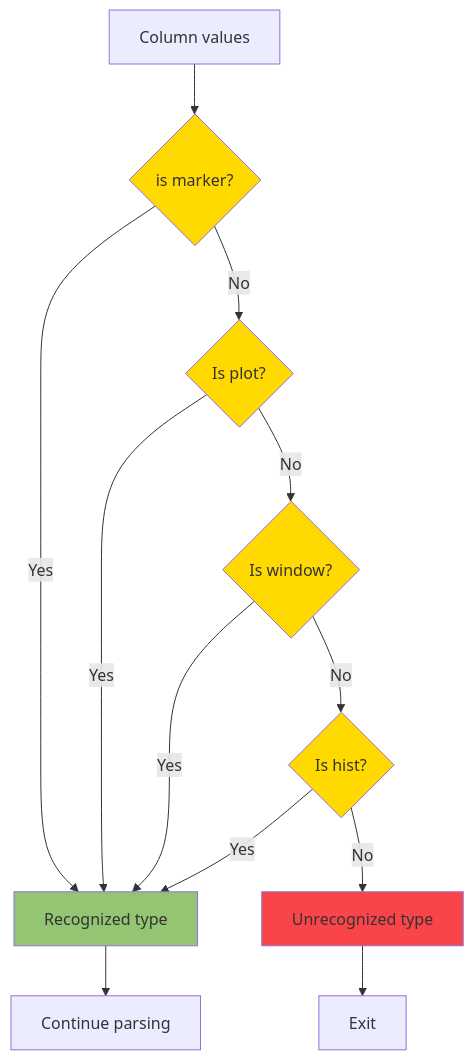
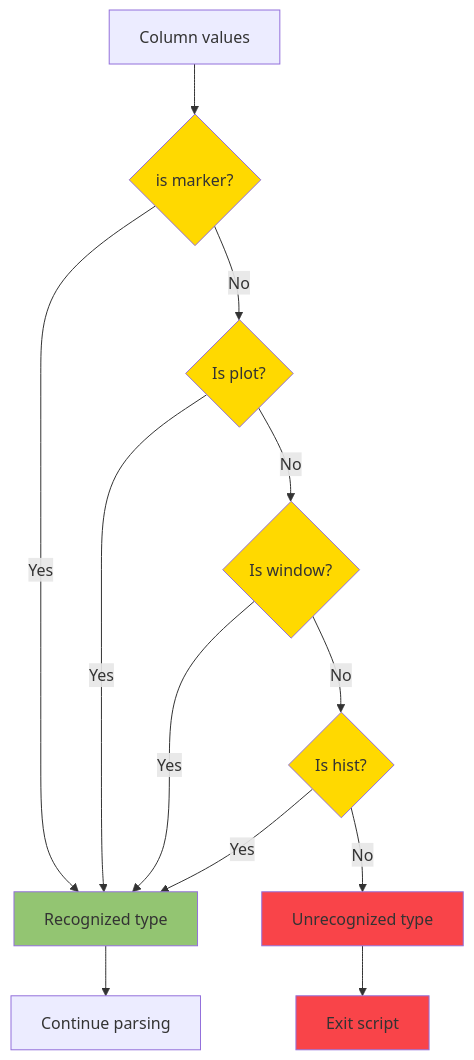
One commit to mahajrod/MCTool changed the first of 2 diagrams in documentation/tracks/track_format.md. Above: the diagram before and after it, drawn with Mermaid.

Commit message:
added cutting of a sheetname (due to Excel limit of 31 chars) to draw_macrosynteny.py

````diff
--- a/documentation/tracks/track_format.md
+++ b/documentation/tracks/track_format.md
@@ -72,20 +72,20 @@
 ```mermaid
 
 flowchart TD
     A[Column values] --> B{is marker?}:::BranchingType
     B -->|Yes| C[Recognized type]:::SucessType
     B -->|No| D{Is plot?}:::BranchingType
     D -->|Yes| C
     D -->|No| E{Is window?}:::BranchingType
     E -->|Yes| C
     E -->|No| F{Is hist?}:::BranchingType
     F -->|Yes| C
     F -->|No| G[Unrecognized type]:::FailType
     C --> I[Continue parsing]
-    G --> K[Exit]
+    G --> K[Exit script]:::FailType
     
     classDef SucessType fill:#93C572,font-color:black
     classDef FailType fill:#F94449,font-color:black
     classDef ResultType fill:#60CEED,font-color:black
     classDef BranchingType fill:#FFD900,font-color:black
 ```
````
